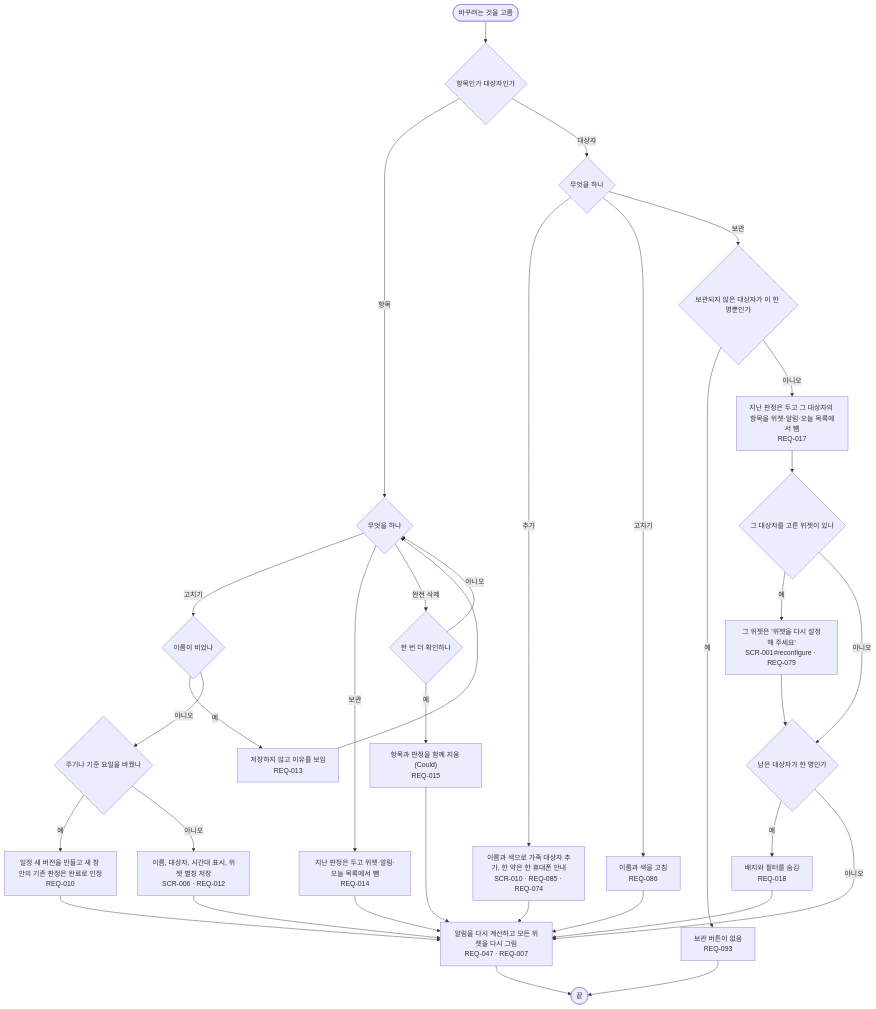
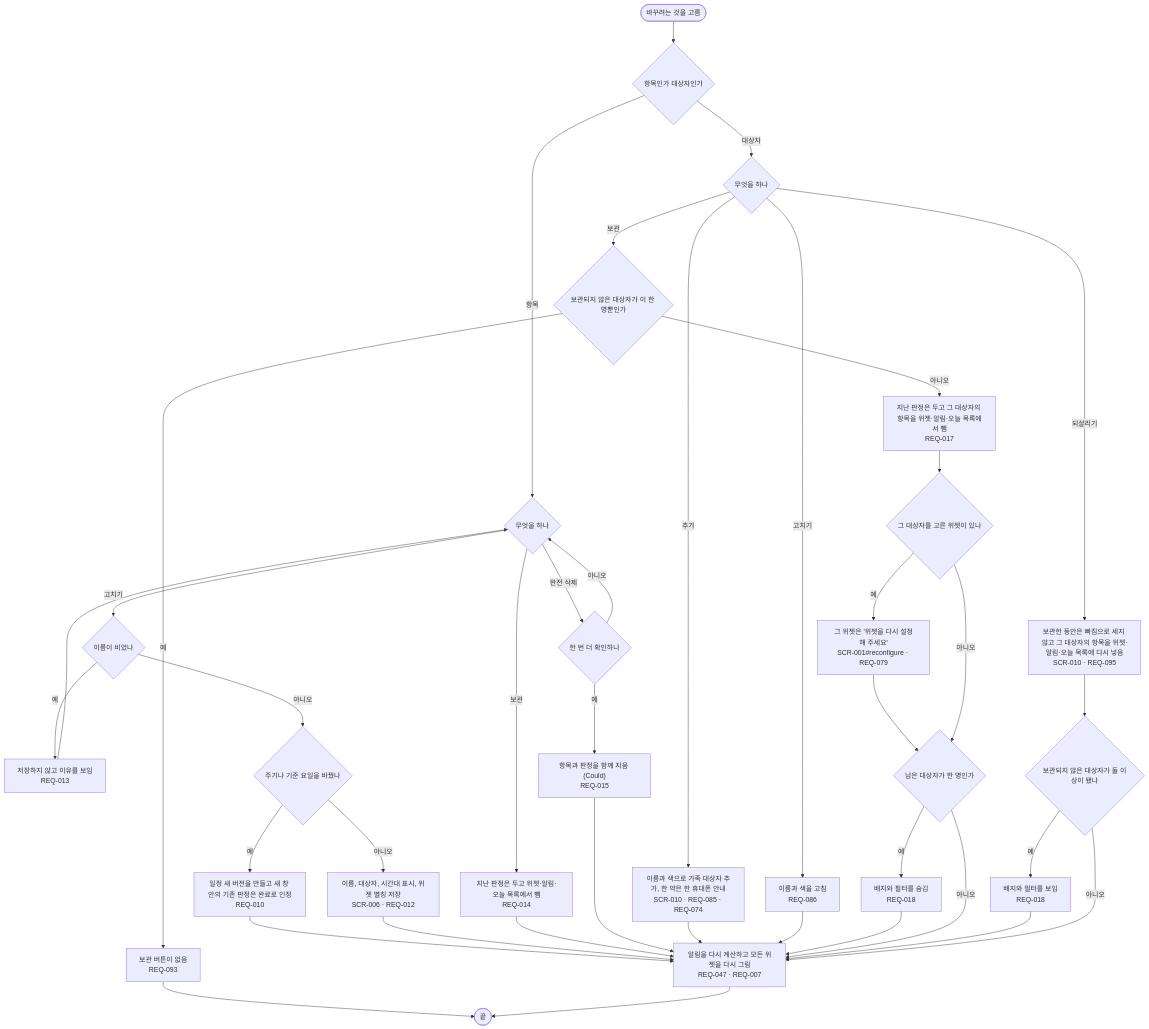
The diagram in docs/03-user-flow/FL-006-items-people.md (judangbang-ops/pillbadeum_release), drawn with Mermaid before and after one commit. The commit also changed other lines of this file and 37 other files, not shown here.

````diff
--- a/docs/03-user-flow/FL-006-items-people.md
+++ b/docs/03-user-flow/FL-006-items-people.md
@@ -8,37 +8,42 @@
 ```mermaid
 flowchart TD
   A([바꾸려는 것을 고름]) --> B{항목인가 대상자인가}
   B -- 항목 --> C{무엇을 하나}
   C -- 고치기 --> C1{이름이 비었나}
   C1 -- 예 --> C2["저장하지 않고 이유를 보임<br/>REQ-013"]
   C2 --> C
   C1 -- 아니오 --> C3{주기나 기준 요일을 바꿨나}
   C3 -- 예 --> C4["일정 새 버전을 만들고 새 창 안의 기존 판정은 완료로 인정<br/>REQ-010"]
   C3 -- 아니오 --> C5["이름, 대상자, 시간대 표시, 위젯 별칭 저장<br/>SCR-006 · REQ-012"]
   C4 --> R
   C5 --> R
   C -- 보관 --> C6["지난 판정은 두고 위젯·알림·오늘 목록에서 뺌<br/>REQ-014"]
   C6 --> R
   C -- 완전 삭제 --> C7{한 번 더 확인하나}
   C7 -- 아니오 --> C
   C7 -- 예 --> C8["항목과 판정을 함께 지움 (Could)<br/>REQ-015"]
   C8 --> R
   B -- 대상자 --> D{무엇을 하나}
   D -- 추가 --> D1["이름과 색으로 가족 대상자 추가, 한 약은 한 휴대폰 안내<br/>SCR-010 · REQ-085 · REQ-074"]
   D1 --> R
   D -- 고치기 --> D2["이름과 색을 고침<br/>REQ-086"]
   D2 --> R
   D -- 보관 --> D3{보관되지 않은 대상자가 이 한 명뿐인가}
   D3 -- 예 --> D4["보관 버튼이 없음<br/>REQ-093"]
   D4 --> Z([끝])
   D3 -- 아니오 --> D5["지난 판정은 두고 그 대상자의 항목을 위젯·알림·오늘 목록에서 뺌<br/>REQ-017"]
   D5 --> D6{그 대상자를 고른 위젯이 있나}
   D6 -- 예 --> D7["그 위젯은 '위젯을 다시 설정해 주세요'<br/>SCR-001#reconfigure · REQ-079"]
   D7 --> D8
   D6 -- 아니오 --> D8{남은 대상자가 한 명인가}
   D8 -- 예 --> D9["배지와 필터를 숨김<br/>REQ-018"]
   D9 --> R
   D8 -- 아니오 --> R
+  D -- 되살리기 --> E1["보관한 동안은 빠짐으로 세지 않고 그 대상자의 항목을 위젯·알림·오늘 목록에 다시 넣음<br/>SCR-010 · REQ-095"]
+  E1 --> E2{보관되지 않은 대상자가 둘 이상이 됐나}
+  E2 -- 예 --> E3["배지와 필터를 보임<br/>REQ-018"]
+  E3 --> R
+  E2 -- 아니오 --> R
   R["알림을 다시 계산하고 모든 위젯을 다시 그림<br/>REQ-047 · REQ-007"]
   R --> Z
 ```
````
